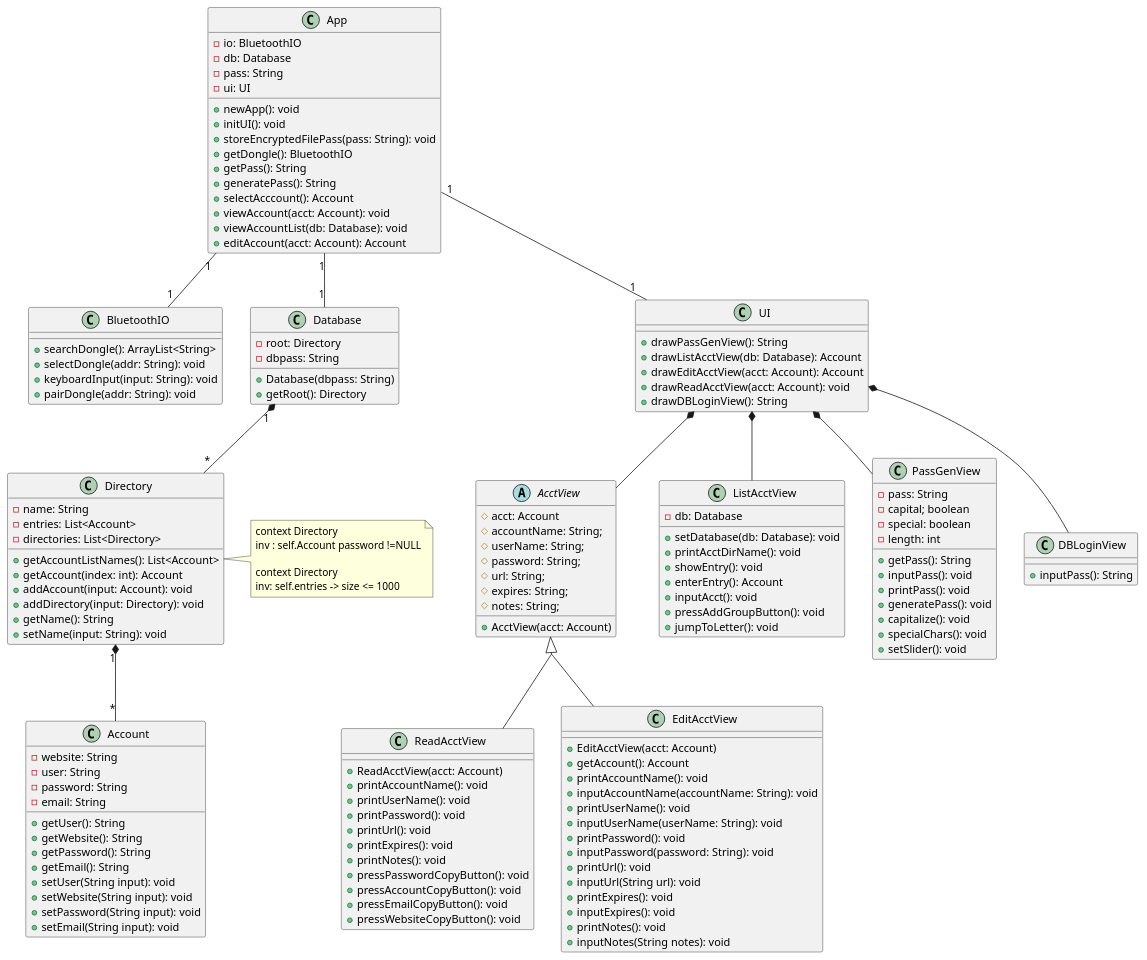
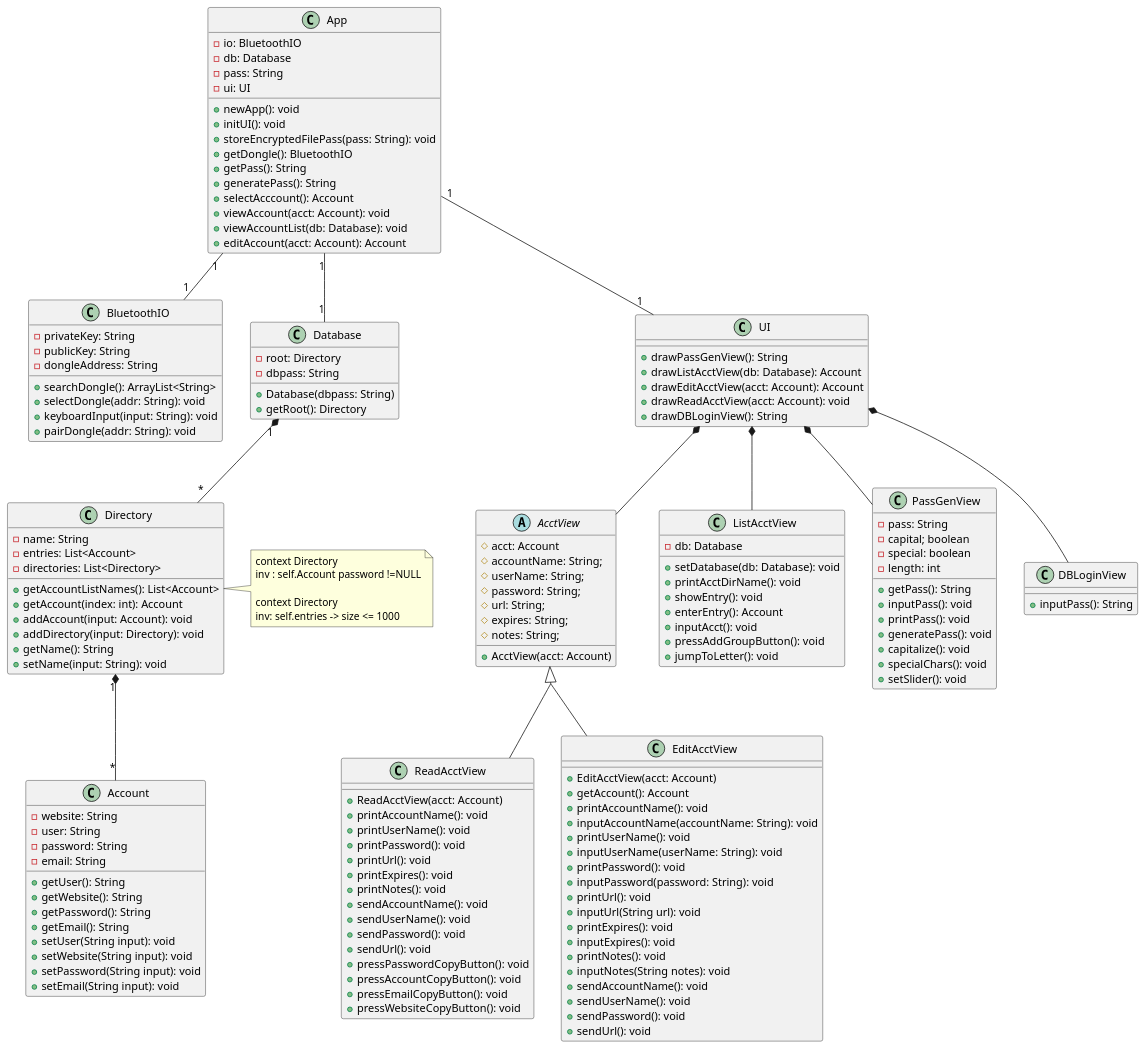
The diagram in docs/diag/group/class1.plantuml (gentmantan/cen4010groupproject), drawn with PlantUML before and after one commit. The commit also changed 3 other files, not shown here.

Commit message:
Add third object diagram

```diff
--- a/docs/diag/group/class1.plantuml
+++ b/docs/diag/group/class1.plantuml
@@ -1,171 +1,182 @@
 @startuml
 skinparam groupInheritance 2
 
 class App {
   -io: BluetoothIO
   -db: Database
   -pass: String
   -ui: UI
   +newApp(): void
   +initUI(): void
   +storeEncryptedFilePass(pass: String): void
   +getDongle(): BluetoothIO
   +getPass(): String
   +generatePass(): String
   +selectAcccount(): Account
   +viewAccount(acct: Account): void
   +viewAccountList(db: Database): void
   +editAccount(acct: Account): Account
 }
 
 class BluetoothIO {
+  -privateKey: String
+  -publicKey: String
+  -dongleAddress: String
   +searchDongle(): ArrayList<String>
   +selectDongle(addr: String): void
   +keyboardInput(input: String): void
   +pairDongle(addr: String): void
 }
 
 'class EncryptedFile {
 ''  -Database db
 ''  +EncryptedFile(){
 ''  }
 ''}
     class Directory {
       -name: String
       -entries: List<Account>
       -directories: List<Directory>
       +getAccountListNames(): List<Account>
       +getAccount(index: int): Account
       +addAccount(input: Account): void
       +addDirectory(input: Directory): void
       +getName(): String
       +setName(input: String): void
     }
 
     class Database{
       -root: Directory
       -dbpass: String
       +Database(dbpass: String)
       +getRoot(): Directory
     }
 
     class Account {
       -website: String
       -user: String
       -password: String
       -email: String
       +getUser(): String
       +getWebsite(): String
       +getPassword(): String
       +getEmail(): String
       +setUser(String input): void
       +setWebsite(String input): void
       +setPassword(String input): void
       +setEmail(String input): void
     }
 
     class UI{
       +drawPassGenView(): String
       +drawListAcctView(db: Database): Account
       +drawEditAcctView(acct: Account): Account
       +drawReadAcctView(acct: Account): void
       +drawDBLoginView(): String
     }
 
     abstract AcctView{
       #acct: Account
       #accountName: String;
       #userName: String;
       #password: String;
       #url: String;
       #expires: String;
       #notes: String;
       +AcctView(acct: Account)
     }
 
     class ListAcctView{
       -db: Database
       +setDatabase(db: Database): void
       +printAcctDirName(): void
       +showEntry(): void
       +enterEntry(): Account
       +inputAcct(): void
       +pressAddGroupButton(): void
       +jumpToLetter(): void
     }
 
     class PassGenView{
       -pass: String
       -capital; boolean
       -special: boolean
       -length: int
       +getPass(): String
       +inputPass(): void
       +printPass(): void
       +generatePass(): void
       +capitalize(): void
       +specialChars(): void
       +setSlider(): void
     }
 
     class DBLoginView{
       +inputPass(): String
     }
 
     class ReadAcctView{
       +ReadAcctView(acct: Account)
       +printAccountName(): void
       +printUserName(): void
       +printPassword(): void
       +printUrl(): void
       +printExpires(): void
       +printNotes(): void
+      +sendAccountName(): void
+      +sendUserName(): void
+      +sendPassword(): void
+      +sendUrl(): void
       +pressPasswordCopyButton(): void
       +pressAccountCopyButton(): void
       +pressEmailCopyButton(): void
       +pressWebsiteCopyButton(): void
     }
 
     class EditAcctView{
       +EditAcctView(acct: Account)
       +getAccount(): Account
       +printAccountName(): void
       +inputAccountName(accountName: String): void
       +printUserName(): void
       +inputUserName(userName: String): void
       +printPassword(): void
       +inputPassword(password: String): void
       +printUrl(): void
       +inputUrl(String url): void
       +printExpires(): void
       +inputExpires(): void
       +printNotes(): void
       +inputNotes(String notes): void
+      +sendAccountName(): void
+      +sendUserName(): void
+      +sendPassword(): void
+      +sendUrl(): void
     }
 
 App "1" -- "1" BluetoothIO
 
 'App "1" -- "1" EncryptedFile
 'EncryptedFile "1" *-- "1" Database
 App "1" -- "1" Database
 Database "1" *-- "*" Directory
 Directory "1" *-- "*" Account
 
 App "1" -- "1" UI
 UI *--  AcctView
 
 note right of Directory
   context Directory
   inv : self.Account password !=NULL
 
   context Directory
   inv: self.entries -> size <= 1000
 end note
 
 
 AcctView <|-- EditAcctView
 AcctView <|-- ReadAcctView
 UI *-- ListAcctView
 UI *-- PassGenView
 UI *-- DBLoginView
 @enduml
```
